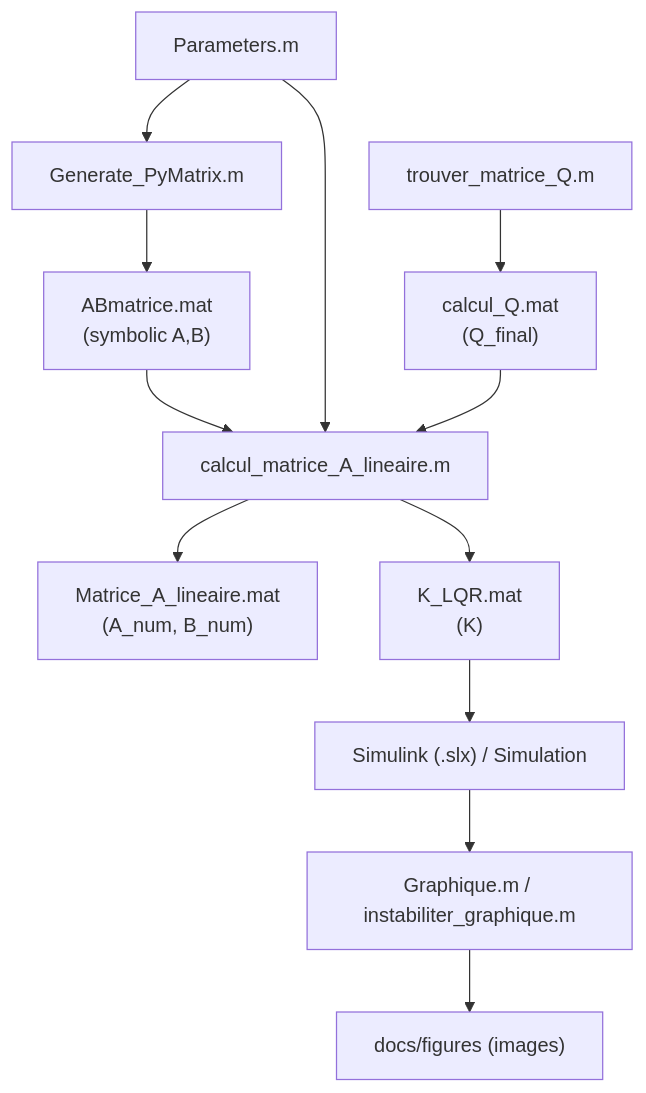
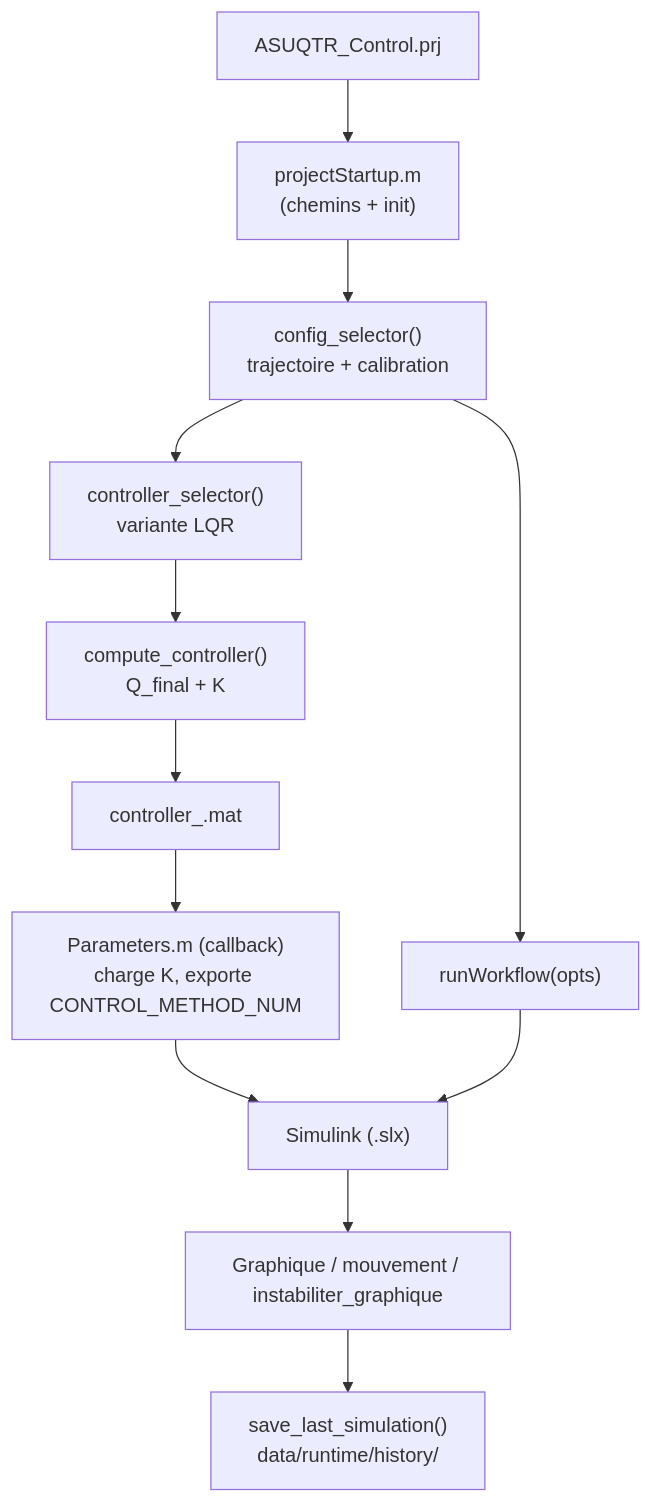
One commit to ASUQTR/Matlab_Simulink changed the diagram in README.md. Above: the diagram before and after it, drawn with Mermaid. The commit also changed other lines of this file and 18 other files, not shown here.

````diff
--- a/README.md
+++ b/README.md
@@ -47,14 +47,14 @@
 ```mermaid
 flowchart TD
-    P["Parameters.m"] --> GPM["Generate_PyMatrix.m"]
-    GPM --> AB["ABmatrice.mat\n(symbolic A,B)"]
-    AB --> CAL["calcul_matrice_A_lineaire.m"]
-    CAL --> ANUM["Matrice_A_lineaire.mat\n(A_num, B_num)"]
-    P --> CAL
-    QF["trouver_matrice_Q.m"] --> QMAT["calcul_Q.mat\n(Q_final)"]
-    QMAT --> CAL
-    CAL --> K["K_LQR.mat\n(K)"]
-    K --> SIM["Simulink (.slx) / Simulation"]
-    SIM --> POST["Graphique.m / instabiliter_graphique.m"]
-    POST --> FIGS["docs/figures (images)"]
+    PRJ["ASUQTR_Control.prj"] --> STARTUP["projectStartup.m\n(chemins + init)"]
+    STARTUP --> GUI["config_selector()\ntrajectoire + calibration"]
+    GUI --> CTRL["controller_selector()\nvariante LQR"]
+    CTRL --> COMP["compute_controller()\nQ_final + K"]
+    COMP --> MAT["controller_<variant>.mat"]
+    GUI --> RUN["runWorkflow(opts)"]
+    MAT --> PARAM["Parameters.m (callback)\ncharge K, exporte CONTROL_METHOD_NUM"]
+    PARAM --> SIM["Simulink (.slx)"]
+    RUN --> SIM
+    SIM --> POST["Graphique / mouvement / instabiliter_graphique"]
+    POST --> SAVE["save_last_simulation()\ndata/runtime/history/"]
 ```
````
